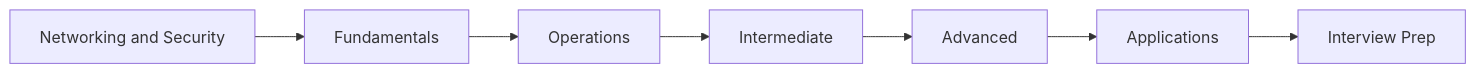
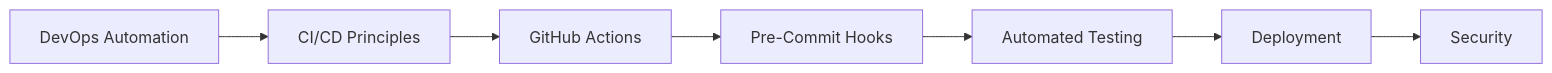
The first of 3 diagrams in docs/courses/ai-engineering-placement/04-git-linux-cli/06-networking-and-security.md (Raushan666java/ai-engineering-journey), drawn with Mermaid before and after one commit. The commit also changed other lines of this file and 219 other files, not shown here.

````diff
--- a/docs/courses/ai-engineering-placement/04-git-linux-cli/06-networking-and-security.md
+++ b/docs/courses/ai-engineering-placement/04-git-linux-cli/06-networking-and-security.md
@@ -27,9 +35,9 @@
 ```mermaid
 flowchart LR
-    A[Networking and Security] --> B[Fundamentals]
-    B --> C[Operations]
-    C --> D[Intermediate]
-    D --> E[Advanced]
-    E --> F[Applications]
-    F --> G[Interview Prep]
+    A[DevOps Automation] --> B[CI/CD Principles]
+    B --> C[GitHub Actions]
+    C --> D[Pre-Commit Hooks]
+    D --> E[Automated Testing]
+    E --> F[Deployment]
+    F --> G[Security]
 ```
````
